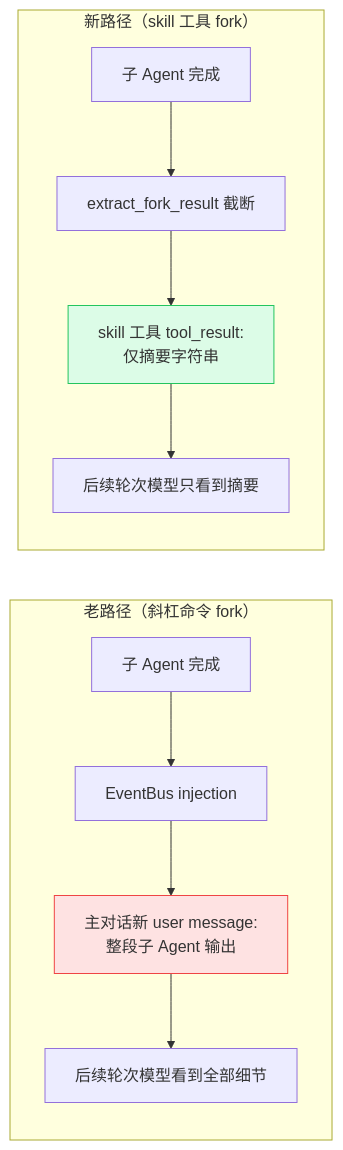
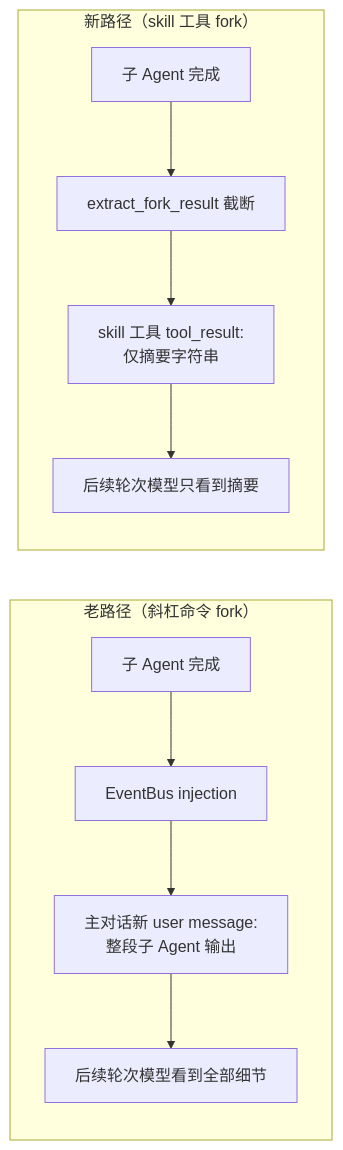
The seventh of 18 diagrams in docs/architecture/skill-system.md (shiwenwen/hope-agent), drawn with Mermaid before and after one commit. The commit also changed other lines of this file and 13 other files, not shown here.

First line of the commit message:
docs: 移除 mermaid 图表中的自定义背景色填充

````diff
--- a/docs/architecture/skill-system.md
+++ b/docs/architecture/skill-system.md
@@ -659,19 +645,17 @@
 ```mermaid
 flowchart LR
     subgraph OLD["老路径（斜杠命令 fork）"]
         direction TB
         A1[子 Agent 完成] --> A2[EventBus injection]
         A2 --> A3[主对话新 user message:<br/>整段子 Agent 输出]
         A3 --> A4[后续轮次模型看到全部细节]
     end
 
     subgraph NEW["新路径（skill 工具 fork）"]
         direction TB
         B1[子 Agent 完成] --> B2[extract_fork_result 截断]
         B2 --> B3[skill 工具 tool_result:<br/>仅摘要字符串]
         B3 --> B4[后续轮次模型只看到摘要]
     end
 
-    style A3 fill:#fee2e2,stroke:#ef4444
-    style B3 fill:#dcfce7,stroke:#22c55e
 ```
````
